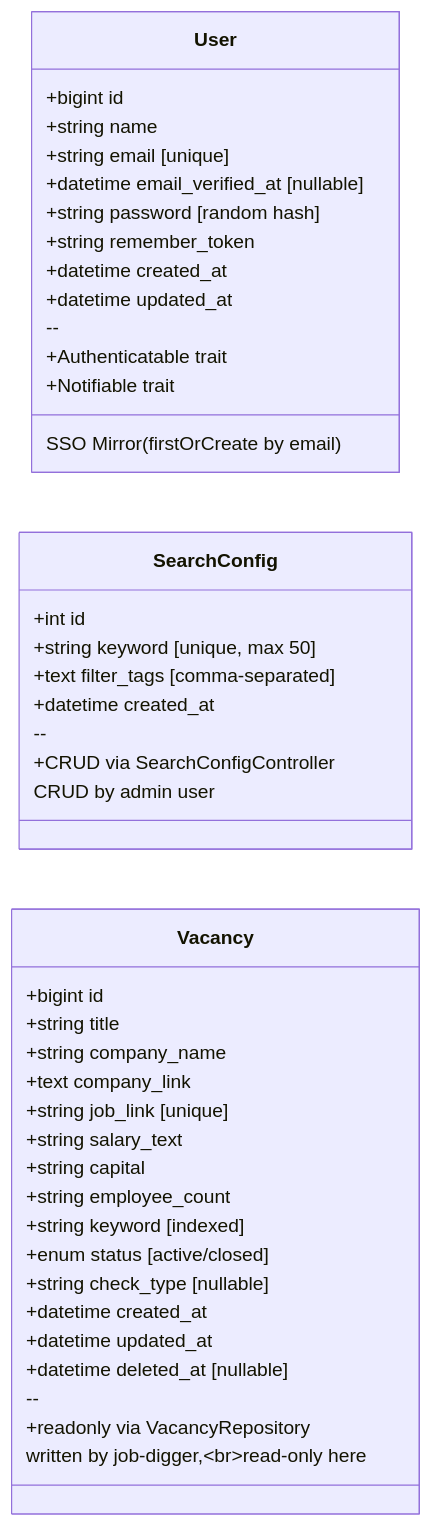
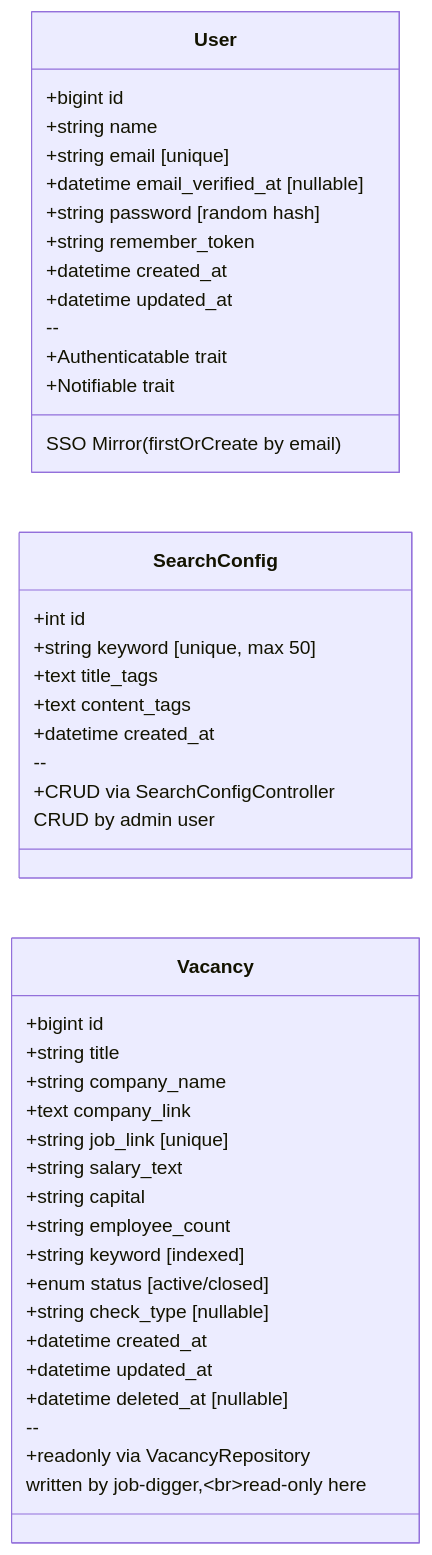
Before and after one commit to jacky0996/job_digger_admin: the third of 4 diagrams in docs/architecture.md, drawn with Mermaid. The commit also changed other lines of this file and 8 other files, not shown here.

````diff
--- a/docs/architecture.md
+++ b/docs/architecture.md
@@ -138,50 +138,51 @@
 ```mermaid
 classDiagram
     direction LR
 
     class User {
         +bigint id
         +string name
         +string email [unique]
         +datetime email_verified_at [nullable]
         +string password [random hash]
         +string remember_token
         +datetime created_at
         +datetime updated_at
         --
         +Authenticatable trait
         +Notifiable trait
     }
 
     class SearchConfig {
         +int id
         +string keyword [unique, max 50]
-        +text filter_tags [comma-separated]
+        +text title_tags
+        +text content_tags
         +datetime created_at
         --
         +CRUD via SearchConfigController
     }
 
     class Vacancy {
         +bigint id
         +string title
         +string company_name
         +text company_link
         +string job_link [unique]
         +string salary_text
         +string capital
         +string employee_count
         +string keyword [indexed]
         +enum status [active/closed]
         +string check_type [nullable]
         +datetime created_at
         +datetime updated_at
         +datetime deleted_at [nullable]
         --
         +readonly via VacancyRepository
     }
 
     User : SSO Mirror (firstOrCreate by email)
     SearchConfig : CRUD by admin user
     Vacancy : written by job-digger,<br/>read-only here
 ```
````
